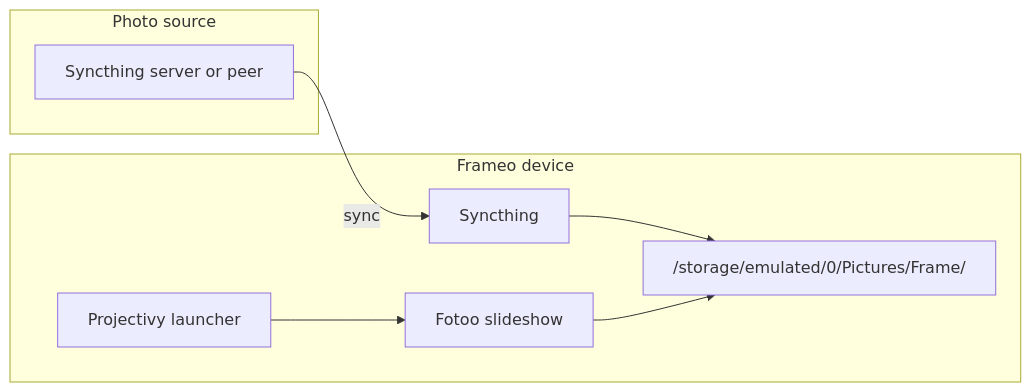
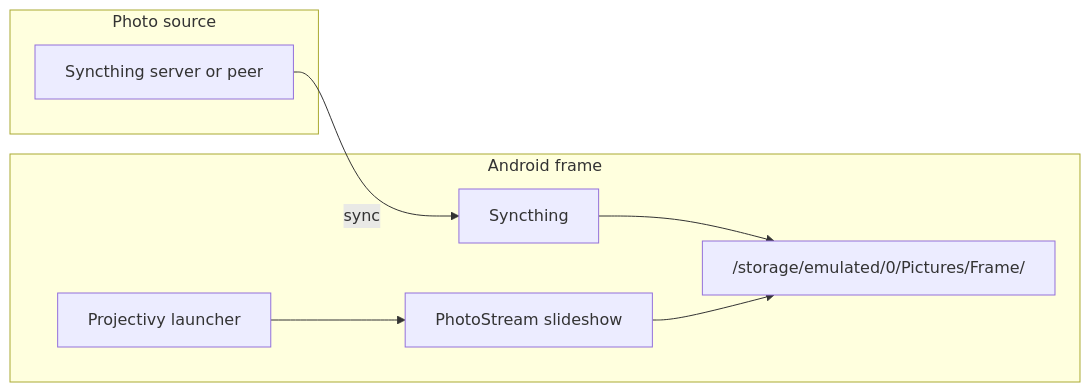
Before and after one commit to orenmazor/frame: the diagram in README.md, drawn with Mermaid. The commit also changed other lines of this file, not shown here.

````diff
--- a/README.md
+++ b/README.md
@@ -15,16 +15,16 @@
 ```mermaid
 flowchart LR
   subgraph source [Photo source]
     Server[Syncthing server or peer]
   end
-  subgraph frame [Frameo device]
+  subgraph frame [Android frame]
     ST[Syncthing]
     Pics["/storage/emulated/0/Pictures/Frame/"]
-    Fotoo[Fotoo slideshow]
+    PS[PhotoStream slideshow]
     PI[Projectivy launcher]
     ST --> Pics
-    Fotoo --> Pics
-    PI --> Fotoo
+    PS --> Pics
+    PI --> PS
   end
   Server -->|sync| ST
 ```
````
